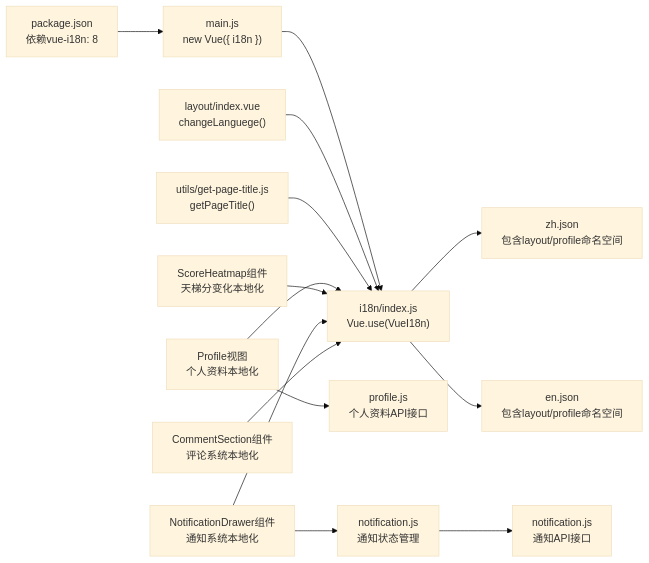
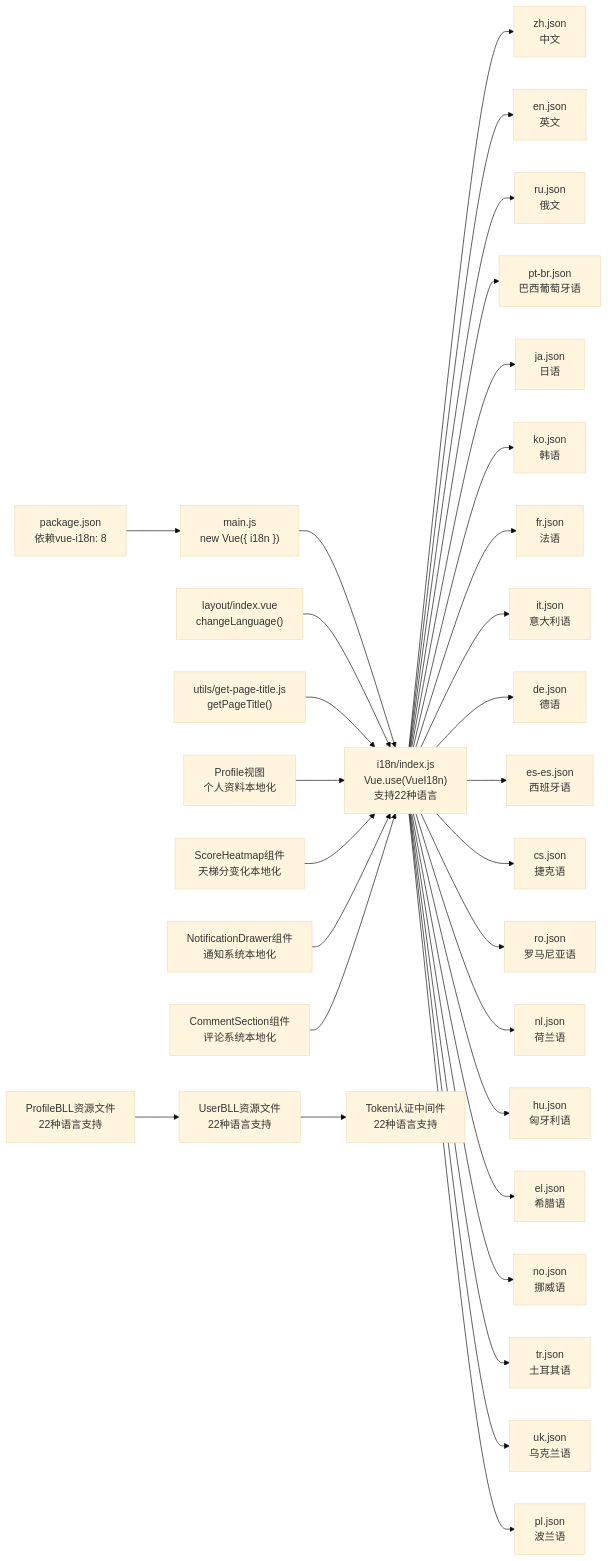
Before and after one commit to TinyMaD/SpeedRunnersLab: the third of 3 diagrams in .qoder/repowiki/zh/content/前端应用/国际化支持.md, drawn with Mermaid (base theme). The commit also changed other lines of this file and 9 other files, not shown here.

````diff
--- a/.qoder/repowiki/zh/content/前端应用/国际化支持.md
+++ b/.qoder/repowiki/zh/content/前端应用/国际化支持.md
@@ -436,30 +493,63 @@
 ```mermaid
 graph LR
 Pkg["package.json<br/>依赖vue-i18n: 8"]
 Main["main.js<br/>new Vue({ i18n })"]
-I18N["i18n/index.js<br/>Vue.use(VueI18n)"]
-ZH["zh.json<br/>包含layout/profile命名空间"]
-EN["en.json<br/>包含layout/profile命名空间"]
-Layout["layout/index.vue<br/>changeLanguege()"]
+I18N["i18n/index.js<br/>Vue.use(VueI18n)<br/>支持22种语言"]
+LANG_ZH["zh.json<br/>中文"]
+LANG_EN["en.json<br/>英文"]
+LANG_RU["ru.json<br/>俄文"]
+LANG_PTBR["pt-br.json<br/>巴西葡萄牙语"]
+LANG_JA["ja.json<br/>日语"]
+LANG_KO["ko.json<br/>韩语"]
+LANG_FR["fr.json<br/>法语"]
+LANG_IT["it.json<br/>意大利语"]
+LANG_DE["de.json<br/>德语"]
+LANG_ES["es-es.json<br/>西班牙语"]
+LANG_CS["cs.json<br/>捷克语"]
+LANG_RO["ro.json<br/>罗马尼亚语"]
+LANG_NL["nl.json<br/>荷兰语"]
+LANG_HU["hu.json<br/>匈牙利语"]
+LANG_EL["el.json<br/>希腊语"]
+LANG_NO["no.json<br/>挪威语"]
+LANG_TR["tr.json<br/>土耳其语"]
+LANG_UK["uk.json<br/>乌克兰语"]
+LANG_PL["pl.json<br/>波兰语"]
+Layout["layout/index.vue<br/>changeLanguage()"]
 Title["utils/get-page-title.js<br/>getPageTitle()"]
 Profile["Profile视图<br/>个人资料本地化"]
 Heatmap["ScoreHeatmap组件<br/>天梯分变化本地化"]
-ProfileAPI["profile.js<br/>个人资料API接口"]
 Notification["NotificationDrawer组件<br/>通知系统本地化"]
 Comment["CommentSection组件<br/>评论系统本地化"]
-Store["notification.js<br/>通知状态管理"]
-API["notification.js<br/>通知API接口"]
+ProfileBLL["ProfileBLL资源文件<br/>22种语言支持"]
+UserBLL["UserBLL资源文件<br/>22种语言支持"]
+TokenMidd["Token认证中间件<br/>22种语言支持"]
 Pkg --> Main
 Main --> I18N
-I18N --> ZH
-I18N --> EN
+I18N --> LANG_ZH
+I18N --> LANG_EN
+I18N --> LANG_RU
+I18N --> LANG_PTBR
+I18N --> LANG_JA
+I18N --> LANG_KO
+I18N --> LANG_FR
+I18N --> LANG_IT
+I18N --> LANG_DE
+I18N --> LANG_ES
+I18N --> LANG_CS
+I18N --> LANG_RO
+I18N --> LANG_NL
+I18N --> LANG_HU
+I18N --> LANG_EL
+I18N --> LANG_NO
+I18N --> LANG_TR
+I18N --> LANG_UK
+I18N --> LANG_PL
 Layout --> I18N
 Title --> I18N
 Profile --> I18N
 Heatmap --> I18N
-Profile --> ProfileAPI
 Notification --> I18N
 Comment --> I18N
-Notification --> Store
-Store --> API
+ProfileBLL --> UserBLL
+UserBLL --> TokenMidd
 ```
````
